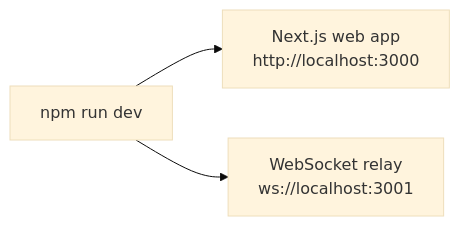
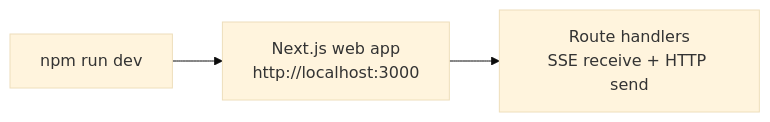
Before and after one commit to matthewlovestocode/e2echat: the first of 3 diagrams in docs/how-to-run.md, drawn with Mermaid (base theme). The commit also changed other lines of this file and 19 other files, not shown here.

Commit message:
Use Next route handlers for realtime relay

````diff
--- a/docs/how-to-run.md
+++ b/docs/how-to-run.md
@@ -16,9 +15,9 @@
 ```mermaid
 flowchart LR
   command["npm run dev"]
   web["Next.js web app\nhttp://localhost:3000"]
-  relay["WebSocket relay\nws://localhost:3001"]
+  api["Route handlers\nSSE receive + HTTP send"]
 
   command --> web
-  command --> relay
+  web --> api
 ```
````
